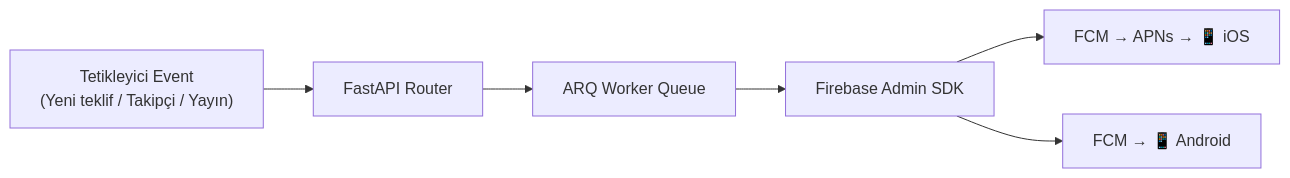
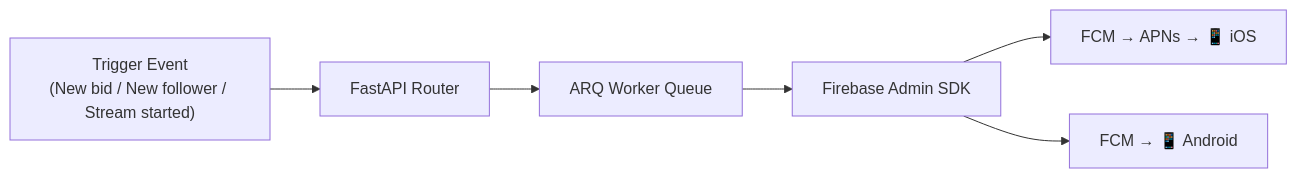
The fifth of 10 diagrams in README.md (tucibeyin/teqlif), drawn with Mermaid before and after one commit. The commit also changed other lines of this file, not shown here.

````diff
--- a/README.md
+++ b/README.md
@@ -226,9 +226,9 @@
 ```mermaid
 flowchart LR
-    E["Tetikleyici Event\n(Yeni teklif / Takipçi / Yayın)"]
+    E["Trigger Event\n(New bid / New follower / Stream started)"]
     --> API["FastAPI Router"]
     --> ARQ["ARQ Worker Queue"]
     --> FB["Firebase Admin SDK"]
     FB --> IOS["FCM → APNs → 📱 iOS"]
     FB --> AND["FCM → 📱 Android"]
 ```
````
